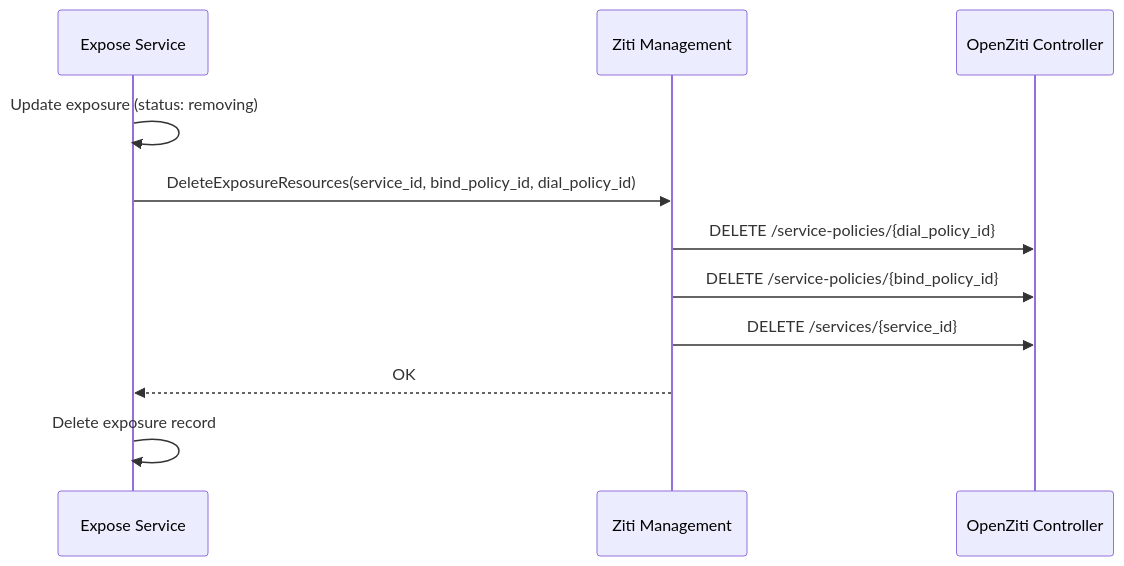
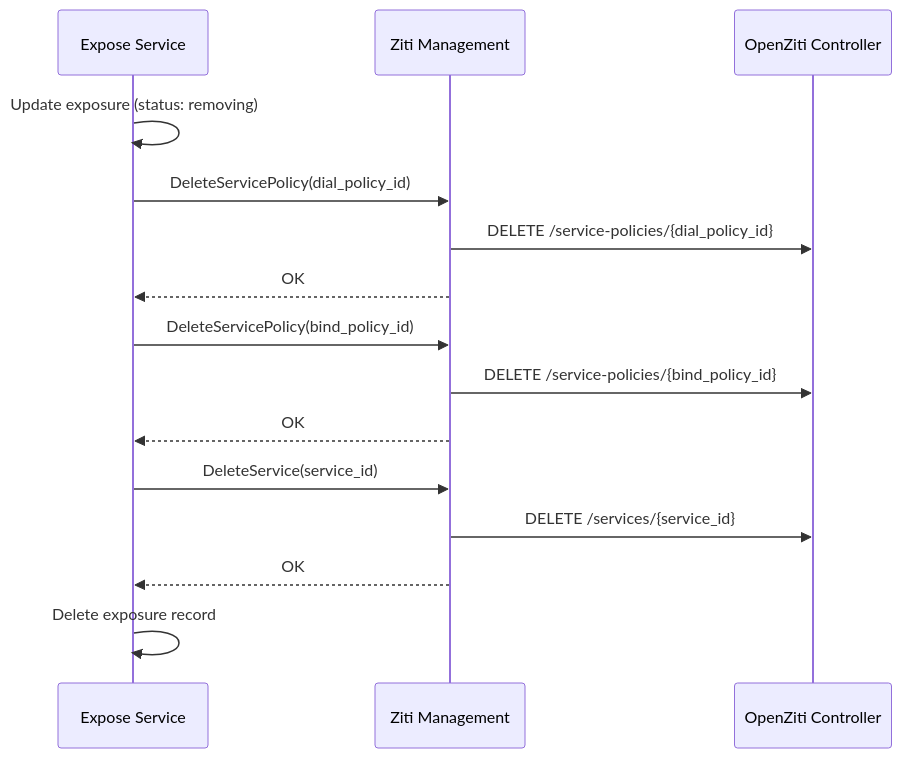
The third of 4 diagrams in architecture/expose-service.md (agynio/architecture), drawn with Mermaid before and after one commit. The commit also changed other lines of this file and 4 other files, not shown here.

````diff
--- a/architecture/expose-service.md
+++ b/architecture/expose-service.md
@@ -115,14 +118,18 @@
 ```mermaid
 sequenceDiagram
     participant ES as Expose Service
     participant ZM as Ziti Management
     participant ZC as OpenZiti Controller
 
     ES->>ES: Update exposure (status: removing)
-    ES->>ZM: DeleteExposureResources(service_id, bind_policy_id, dial_policy_id)
+    ES->>ZM: DeleteServicePolicy(dial_policy_id)
     ZM->>ZC: DELETE /service-policies/{dial_policy_id}
+    ZM-->>ES: OK
+    ES->>ZM: DeleteServicePolicy(bind_policy_id)
     ZM->>ZC: DELETE /service-policies/{bind_policy_id}
+    ZM-->>ES: OK
+    ES->>ZM: DeleteService(service_id)
     ZM->>ZC: DELETE /services/{service_id}
     ZM-->>ES: OK
     ES->>ES: Delete exposure record
 ```
````
